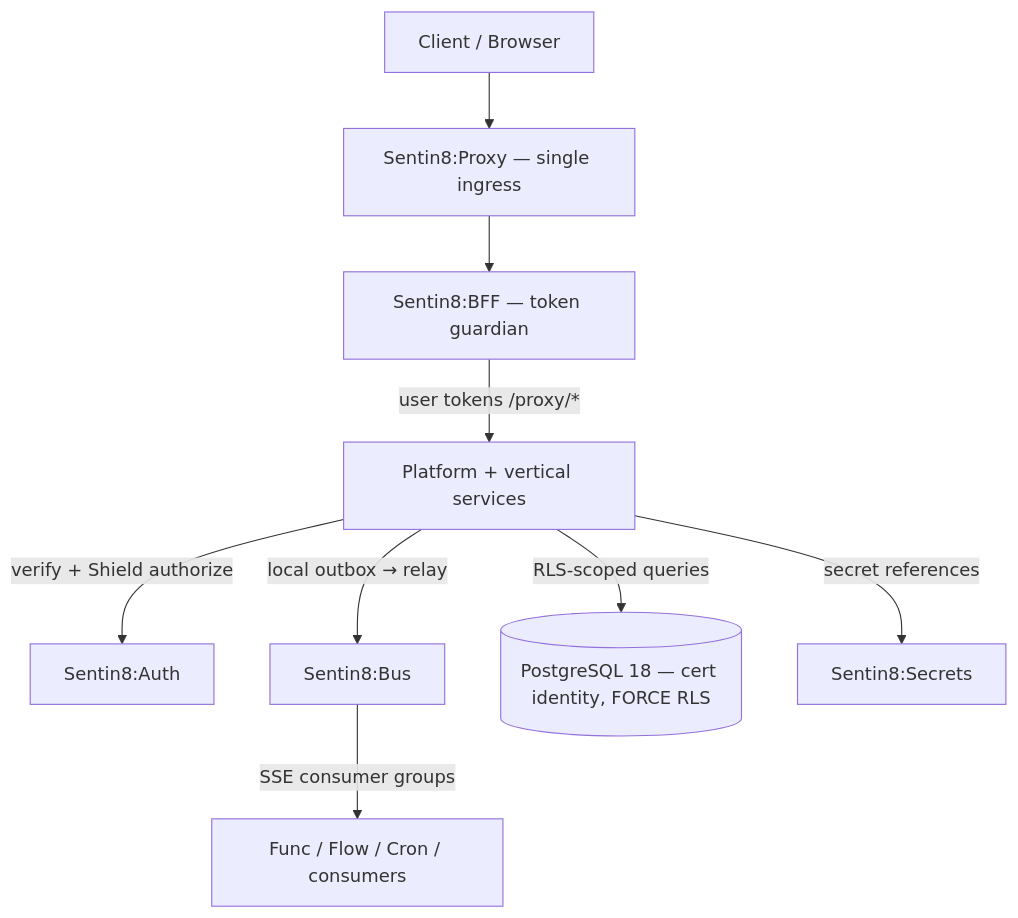
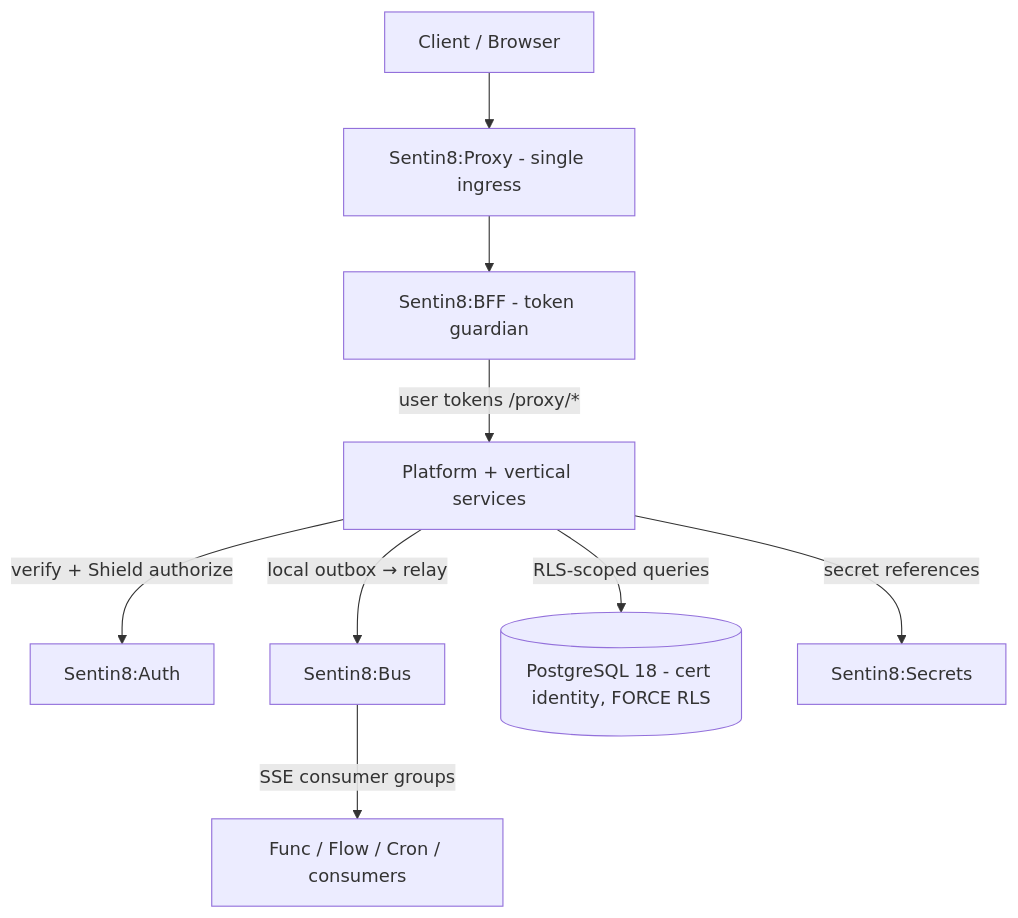
One commit to Sentin8/sentin8-site changed the diagram in docs/index.md. Above: the diagram before and after it, drawn with Mermaid. The commit also changed other lines of this file and 105 other files, not shown here.

````diff
--- a/docs/index.md
+++ b/docs/index.md
@@ -28,11 +28,11 @@
 ```mermaid
 graph TD
-    CLIENT[Client / Browser] --> PROXY[Sentin8:Proxy — single ingress]
-    PROXY --> BFF[Sentin8:BFF — token guardian]
+    CLIENT[Client / Browser] --> PROXY[Sentin8:Proxy - single ingress]
+    PROXY --> BFF[Sentin8:BFF - token guardian]
     BFF -->|user tokens /proxy/*| SVC[Platform + vertical services]
     SVC -->|verify + Shield authorize| AUTH[Sentin8:Auth]
     SVC -->|local outbox → relay| BUS[Sentin8:Bus]
     BUS -->|SSE consumer groups| TRIGGERS[Func / Flow / Cron / consumers]
-    SVC -->|RLS-scoped queries| PG[(PostgreSQL 18 — cert identity, FORCE RLS)]
+    SVC -->|RLS-scoped queries| PG[(PostgreSQL 18 - cert identity, FORCE RLS)]
     SVC -->|secret references| SECRETS[Sentin8:Secrets]
 ```
````
